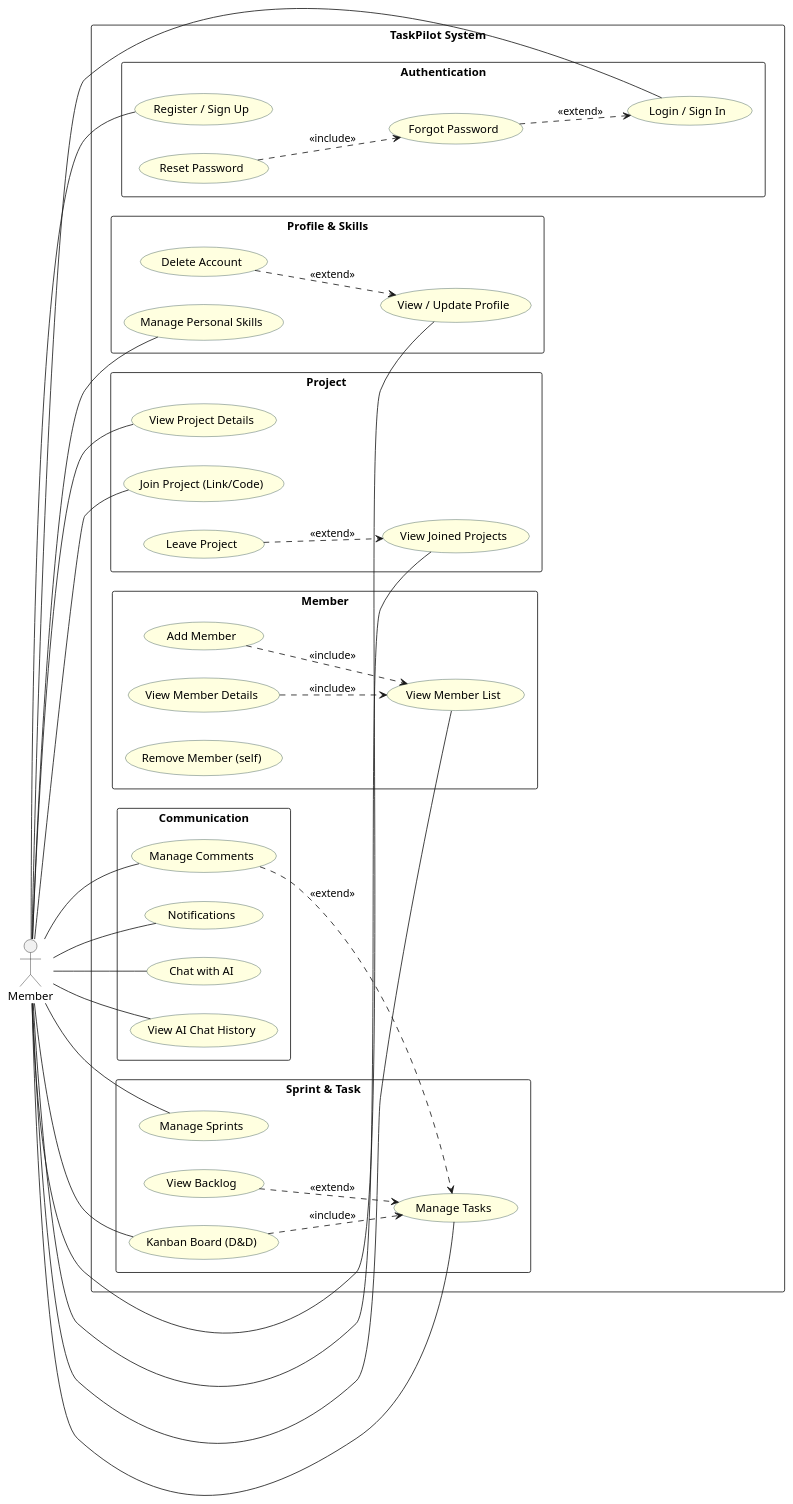
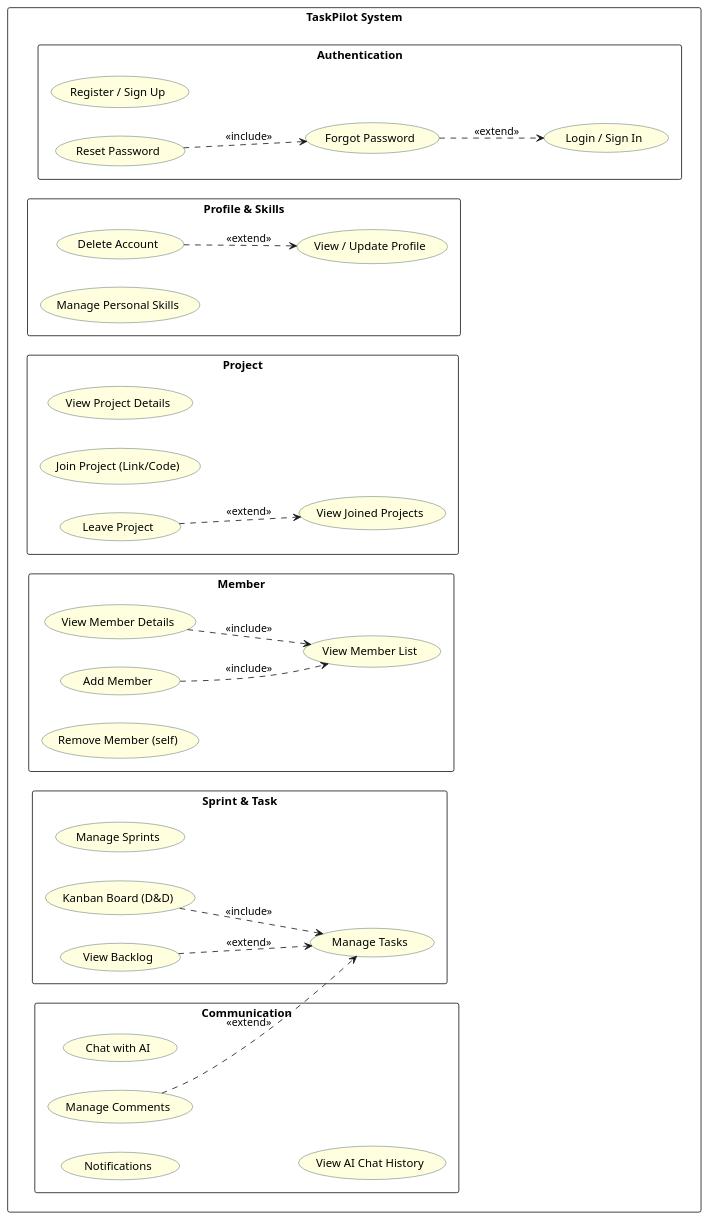
One commit to taskpilot-platform/taskpilot-platform.github.io changed the diagram in docs/docs/use-case/member.md. Above: the diagram before and after it, drawn with PlantUML. The commit also changed 3 other files, not shown here.

````diff
--- a/docs/docs/use-case/member.md
+++ b/docs/docs/use-case/member.md
@@ -8,8 +8,6 @@
   BackgroundColor LightYellow
   BorderColor DarkSlateGray
 }
-
-actor "Member" as MEM
 
 rectangle "TaskPilot System" {
 
@@ -68,21 +66,5 @@
   UC_BACKLOG ..> UC_TASK : <<extend>>
 }
 
-MEM -- UC_LOGIN
-MEM -- UC_REG
-MEM -- UC_PROFILE
-MEM -- UC_SKILLS
-MEM -- UC_VIEW_P
-MEM -- UC_DETAIL_P
-MEM -- UC_JOIN_P
-MEM -- UC_VIEW_M
-MEM -- UC_SPRINT
-MEM -- UC_TASK
-MEM -- UC_KANBAN
-MEM -- UC_COMMENT
-MEM -- UC_NOTI
-MEM -- UC_CHAT
-MEM -- UC_HISTORY
-
 @enduml
 ```
````
